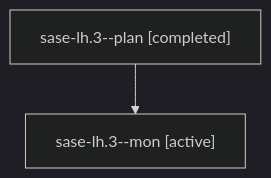
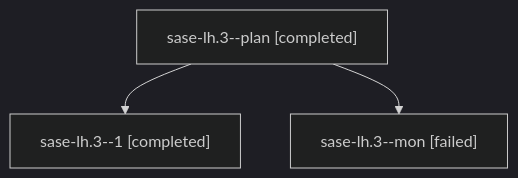
One commit to sase-org/sase--agents changed the diagram in families/bbugyi200.athena.sase-lh.3.md. Above: the diagram before and after it, drawn with Mermaid (dark theme). The commit also changed other lines of this file and 40 other files, not shown here.

````diff
--- a/families/bbugyi200.athena.sase-lh.3.md
+++ b/families/bbugyi200.athena.sase-lh.3.md
@@ -9,6 +9,8 @@
 ```mermaid
 flowchart TD
   n0["sase-lh.3--plan [completed]"]
-  n1["sase-lh.3--mon [active]"]
+  n1["sase-lh.3--1 [completed]"]
   n0 --> n1
+  n2["sase-lh.3--mon [failed]"]
+  n0 --> n2
 ```
````
